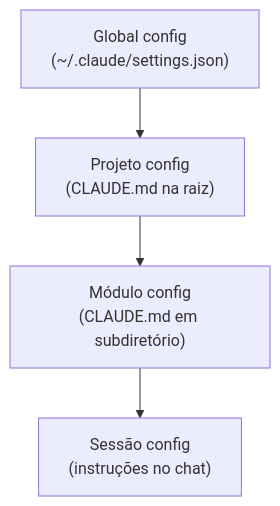
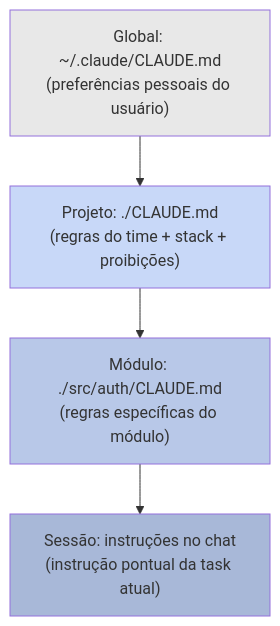
One commit to josenaldo/codex-technomanticus changed the second of 2 diagrams in 03-Dominios/Tecnologia/IA/Agentes de Codificação/14 - agents.md e configuração de projeto.md. Above: the diagram before and after it, drawn with Mermaid. The commit also changed other lines of this file, not shown here.

````diff
--- a/03-Dominios/Tecnologia/IA/Agentes de Codificação/14 - agents.md e configuração de projeto.md
+++ b/03-Dominios/Tecnologia/IA/Agentes de Codificação/14 - agents.md e configuração de projeto.md
@@ -123,6 +68,12 @@
 ```mermaid
 graph TD
-    A["Global config<br>(~/.claude/settings.json)"] --> B["Projeto config<br>(CLAUDE.md na raiz)"]
-    B --> C["Módulo config<br>(CLAUDE.md em subdiretório)"]
-    C --> D["Sessão config<br>(instruções no chat)"]
+    A["Global: ~/.claude/CLAUDE.md\n(preferências pessoais do usuário)"] --> B
+    B["Projeto: ./CLAUDE.md\n(regras do time + stack + proibições)"] --> C
+    C["Módulo: ./src/auth/CLAUDE.md\n(regras específicas do módulo)"] --> D
+    D["Sessão: instruções no chat\n(instrução pontual da task atual)"]
+
+    style A fill:#e8e8e8
+    style B fill:#c8d8f8
+    style C fill:#b8c8e8
+    style D fill:#a8b8d8
 ```
````
